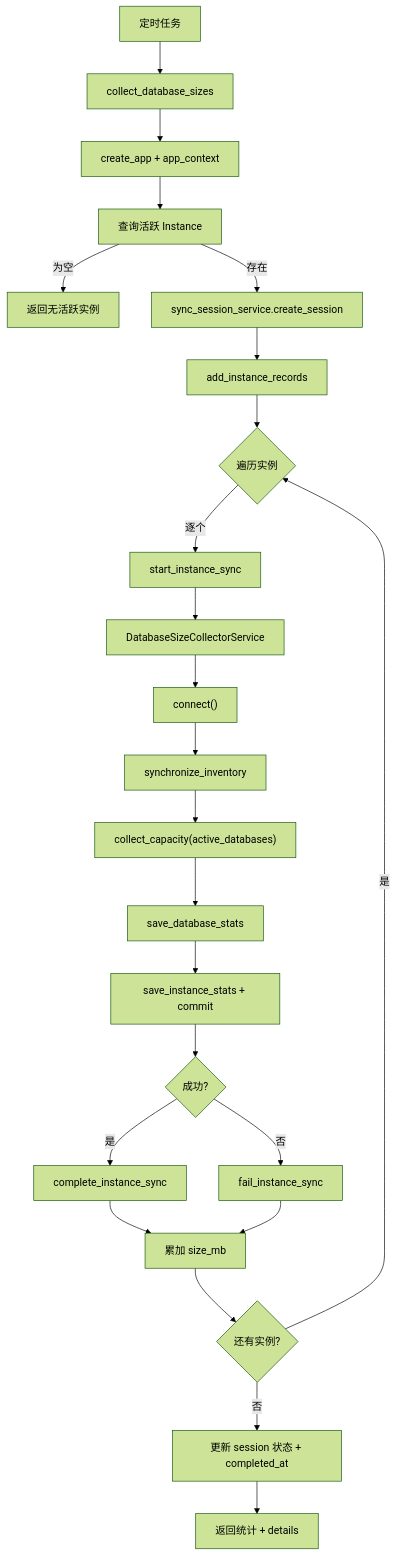
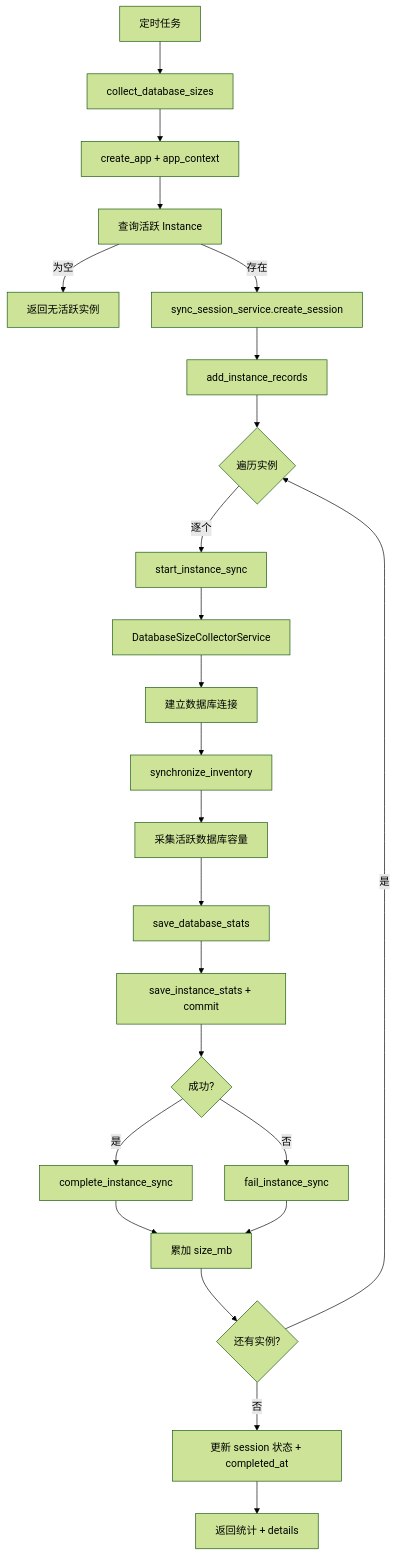
One commit to nyealovey/WhaleFall changed the second of 3 diagrams in docs/architecture/taifish_data_sync_flows.md. Above: the diagram before and after it, drawn with Mermaid (forest theme). The commit also changed other lines of this file and 20 other files, not shown here.

````diff
--- a/docs/architecture/taifish_data_sync_flows.md
+++ b/docs/architecture/taifish_data_sync_flows.md
@@ -79,26 +78,26 @@
 ```mermaid
 flowchart TD
     Scheduler[定时任务] --> Task[collect_database_sizes]
     Task --> Ctx[create_app + app_context]
     Ctx --> QueryInst[查询活跃 Instance]
     QueryInst -->|为空| Skip[返回无活跃实例]
     QueryInst -->|存在| SessionCreate[sync_session_service.create_session]
     SessionCreate --> RecordAdd[add_instance_records]
     RecordAdd --> Loop{遍历实例}
     Loop -->|逐个| StartRec[start_instance_sync]
     StartRec --> Collector["DatabaseSizeCollectorService"]
-    Collector --> Connect["connect()"]
+    Collector --> Connect[建立数据库连接]
     Connect --> InvSync[synchronize_inventory]
-    InvSync --> Capacity["collect_capacity(active_databases)"]
+    InvSync --> Capacity[采集活跃数据库容量]
     Capacity --> PersistDB[save_database_stats]
     PersistDB --> PersistInst["save_instance_stats + commit"]
     PersistInst --> UpdateRec{成功?}
     UpdateRec -->|是| Complete[complete_instance_sync]
     UpdateRec -->|否| Fail[fail_instance_sync]
     Complete --> Sum[累加 size_mb]
     Fail --> Sum
     Sum --> Next{还有实例?}
     Next -->|是| Loop
     Next -->|否| Close[更新 session 状态 + completed_at]
     Close --> Result[返回统计 + details]
 ```
````
